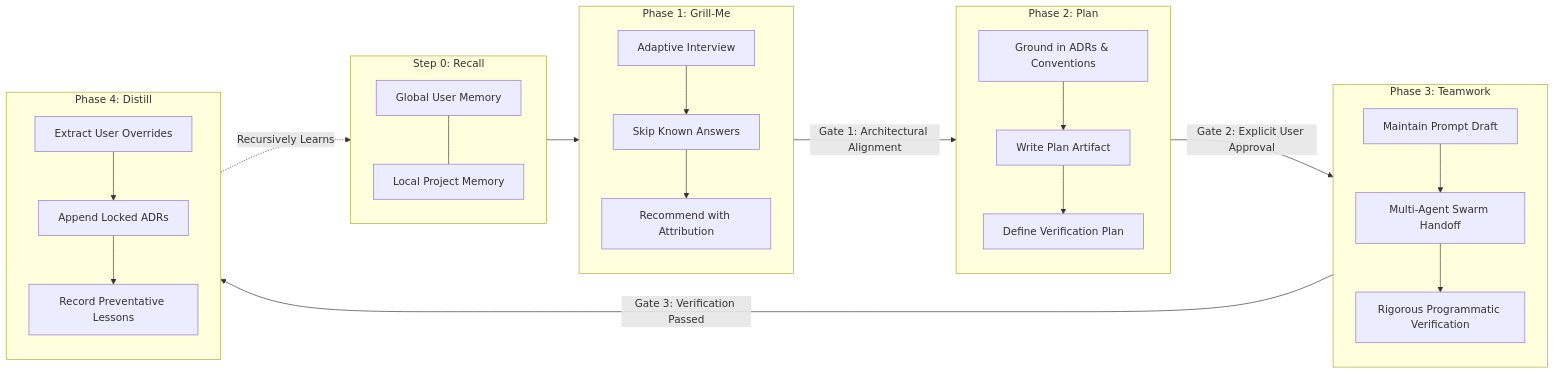
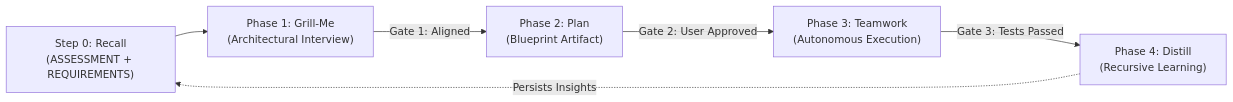
Before and after one commit to tysongoulding/grill-plan-team: the diagram in README.md, drawn with Mermaid. The commit also changed other lines of this file and 20 other files, not shown here.

````diff
--- a/README.md
+++ b/README.md
@@ -20,32 +28,8 @@
 ```mermaid
 flowchart LR
-    subgraph S0["Step 0: Recall"]
-        M1["Global User Memory"] --- M2["Local Project Memory"]
-    end
-
-    subgraph P1["Phase 1: Grill-Me"]
-        A1["Adaptive Interview"] --> A2["Skip Known Answers"]
-        A2 --> A3["Recommend with Attribution"]
-    end
-
-    subgraph P2["Phase 2: Plan"]
-        B1["Ground in ADRs & Conventions"] --> B2["Write Plan Artifact"]
-        B2 --> B3["Define Verification Plan"]
-    end
-
-    subgraph P3["Phase 3: Teamwork"]
-        C1["Maintain Prompt Draft"] --> C2["Multi-Agent Swarm Handoff"]
-        C2 --> C3["Rigorous Programmatic Verification"]
-    end
-
-    subgraph P4["Phase 4: Distill"]
-        D1["Extract User Overrides"] --> D2["Append Locked ADRs"]
-        D2 --> D3["Record Preventative Lessons"]
-    end
-
-    S0 --> P1
-    P1 -->|"Gate 1: Architectural Alignment"| P2
-    P2 -->|"Gate 2: Explicit User Approval"| P3
-    P3 -->|"Gate 3: Verification Passed"| P4
-    P4 -.->|"Recursively Learns"| S0
+    S0["Step 0: Recall<br/>(ASSESSMENT + REQUIREMENTS)"] --> P1["Phase 1: Grill-Me<br/>(Architectural Interview)"]
+    P1 -->|"Gate 1: Aligned"| P2["Phase 2: Plan<br/>(Blueprint Artifact)"]
+    P2 -->|"Gate 2: User Approved"| P3["Phase 3: Teamwork<br/>(Autonomous Execution)"]
+    P3 -->|"Gate 3: Tests Passed"| P4["Phase 4: Distill<br/>(Recursive Learning)"]
+    P4 -.->|"Persists Insights"| S0
 ```
````
